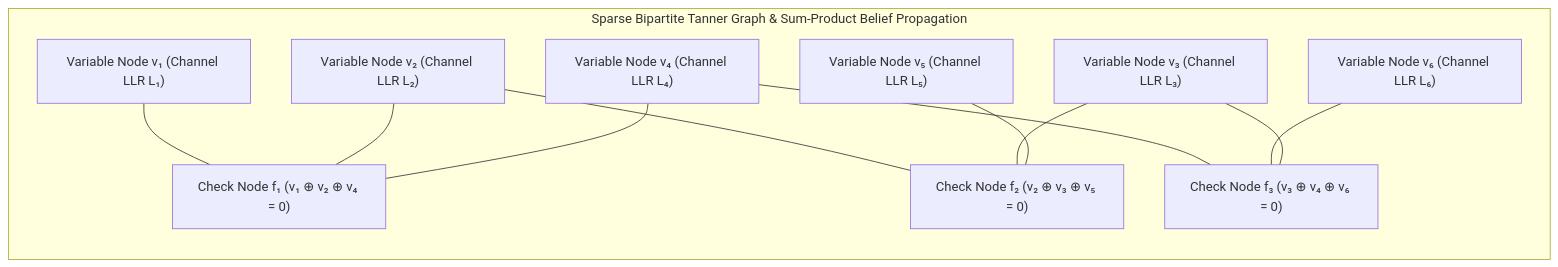
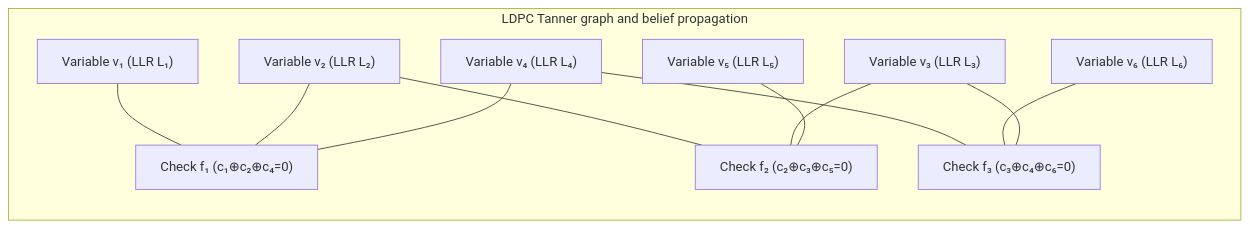
One commit to kenjinote/blog changed the third of 4 diagrams in content/post/error-correcting-codes-hamming-reed-solomon-ldpc-shannon-capacity-information-theory/index.en.md. Above: the diagram before and after it, drawn with Mermaid. The commit also changed other lines of this file and 15 other files, not shown here.

````diff
--- a/content/post/error-correcting-codes-hamming-reed-solomon-ldpc-shannon-capacity-information-theory/index.en.md
+++ b/content/post/error-correcting-codes-hamming-reed-solomon-ldpc-shannon-capacity-information-theory/index.en.md
@@ -359,15 +470,15 @@
 ```mermaid
 flowchart TD
-    subgraph Tanner["Sparse Bipartite Tanner Graph & Sum-Product Belief Propagation"]
+    subgraph Tanner["LDPC Tanner graph and belief propagation"]
         direction TB
-        V1["Variable Node v₁ (Channel LLR L₁)"] --- C1["Check Node f₁ (v₁ ⊕ v₂ ⊕ v₄ = 0)"]
-        V2["Variable Node v₂ (Channel LLR L₂)"] --- C1
-        V2 --- C2["Check Node f₂ (v₂ ⊕ v₃ ⊕ v₅ = 0)"]
-        V3["Variable Node v₃ (Channel LLR L₃)"] --- C2
-        V4["Variable Node v₄ (Channel LLR L₄)"] --- C1
-        V4 --- C3["Check Node f₃ (v₃ ⊕ v₄ ⊕ v₆ = 0)"]
-        V5["Variable Node v₅ (Channel LLR L₅)"] --- C2
-        V6["Variable Node v₆ (Channel LLR L₆)"] --- C3
+        V1["Variable v₁ (LLR L₁)"] --- C1["Check f₁ (c₁⊕c₂⊕c₄=0)"]
+        V2["Variable v₂ (LLR L₂)"] --- C1
+        V2 --- C2["Check f₂ (c₂⊕c₃⊕c₅=0)"]
+        V3["Variable v₃ (LLR L₃)"] --- C2
+        V4["Variable v₄ (LLR L₄)"] --- C1
+        V4 --- C3["Check f₃ (c₃⊕c₄⊕c₆=0)"]
+        V5["Variable v₅ (LLR L₅)"] --- C2
+        V6["Variable v₆ (LLR L₆)"] --- C3
         V3 --- C3
     end
 ```
````
